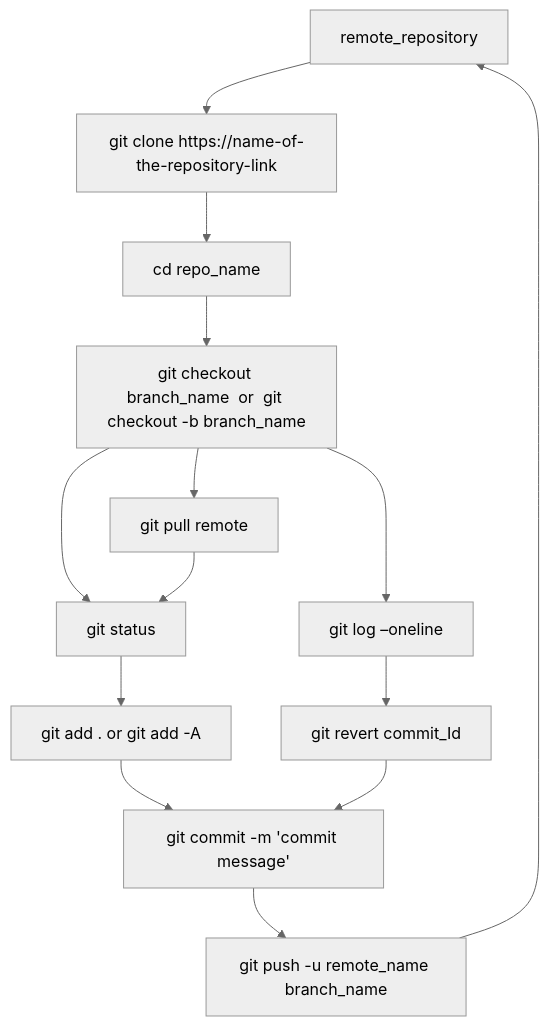
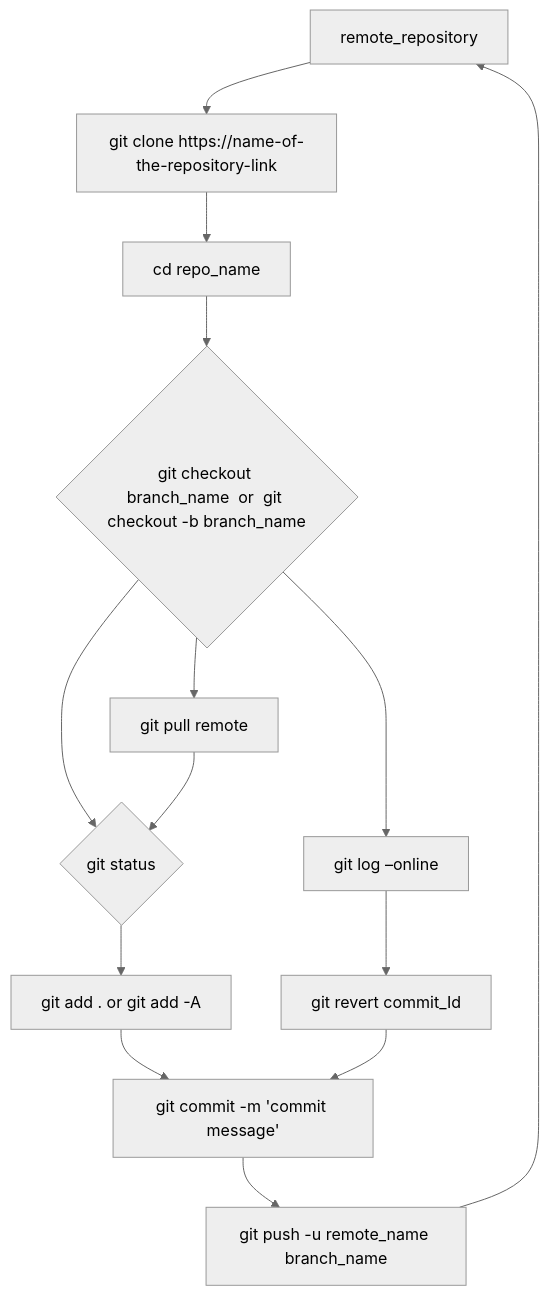
Before and after one commit to stawssthub/tstmd: the diagram in Git_Workflow_for_Developers_.md, drawn with Mermaid (neutral theme).

Commit message:
Add files via upload
dDd

````diff
--- a/Git_Workflow_for_Developers_.md
+++ b/Git_Workflow_for_Developers_.md
@@ -204,16 +204,16 @@
 ```mermaid
 flowchart TD;
     remote_repository-->working_directory[git clone https://name-of-the-repository-link];
-    working_directory[git clone https://name-of-the-repository-link]-->Change_directory[cd repo_name ];
-    Change_directory[cd repo_name ]-->checkout_branch[git checkout branch_name  or  git checkout -b branch_name];
-    checkout_branch[git checkout branch_name  or  git checkout -b branch_name]-->git_status[git status];
-    git_status[git status]-->git_add[git add .  or  git add -A];
-    git_add[git add .  or  git add -A]-->git_commit[git commit -m 'commit message'];
-    git_commit[git commit -m 'commit message']-->git_push[git push -u remote_name branch_name];
-    git_push[git push -u remote_name branch_name]-->remote_repository;
-    checkout_branch[git checkout branch_name  or  git checkout -b branch_name]-->git_pull[git pull remote];
-    git_pull[git pull remote]-->git_status[git status];
-    checkout_branch[git checkout branch_name  or  git checkout -b branch_name]-->git_revert_log[git log –online];
-    git_revert_log[git log –oneline]-->git_revert_commitid[git revert commit_Id];
-    git_revert_commitid[git revert commit_Id]-->git_commit[git commit -m 'commit message'];
+    working_directory-->Change_directory[cd repo_name ];
+    Change_directory-->checkout_branch{git checkout branch_name  or  git checkout -b branch_name};
+    checkout_branch-->git_status{git status};
+    git_status-->git_add[git add .  or  git add -A];
+    git_add-->git_commit[git commit -m 'commit message'];
+    git_commit-->git_push[git push -u remote_name branch_name];
+    git_push-->remote_repository;
+    checkout_branch-->git_pull[git pull remote];
+    git_pull-->git_status;
+    checkout_branch-->git_revert_log[git log –online];
+    git_revert_log-->git_revert_commitid[git revert commit_Id];
+    git_revert_commitid-->git_commit;
 ```
````
